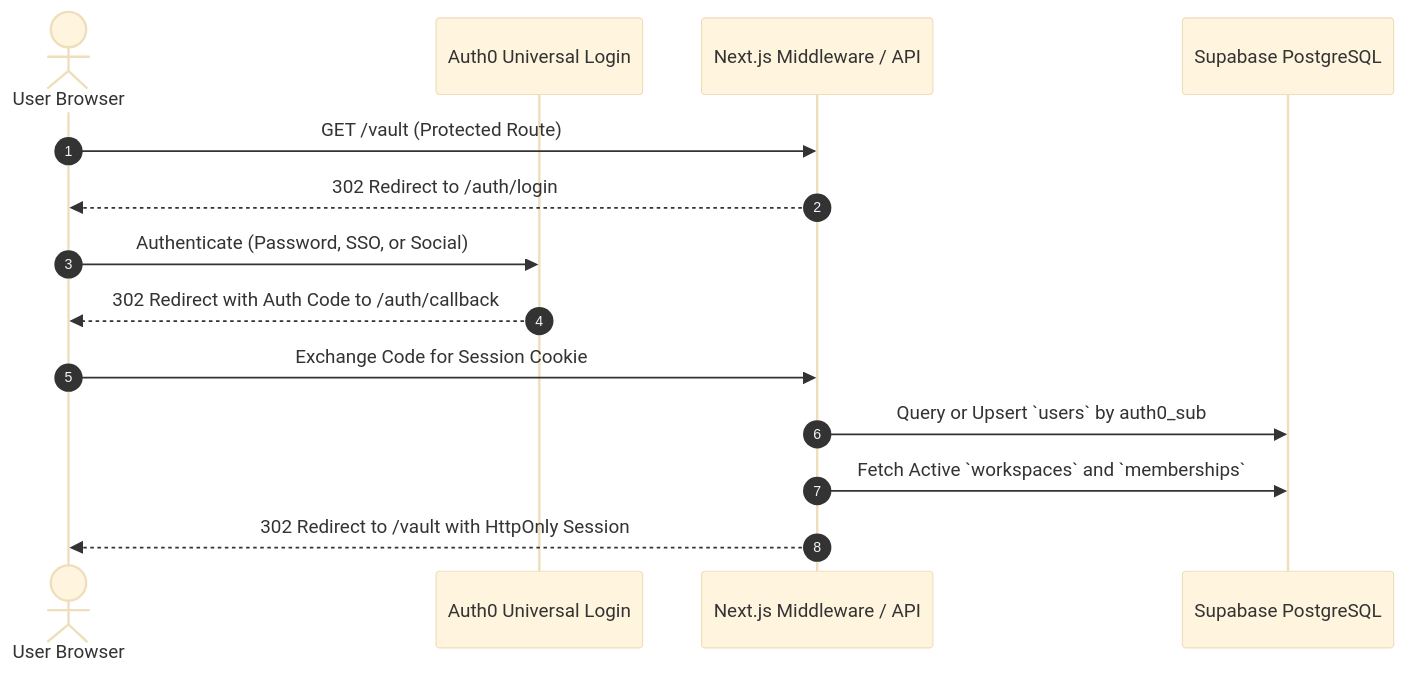
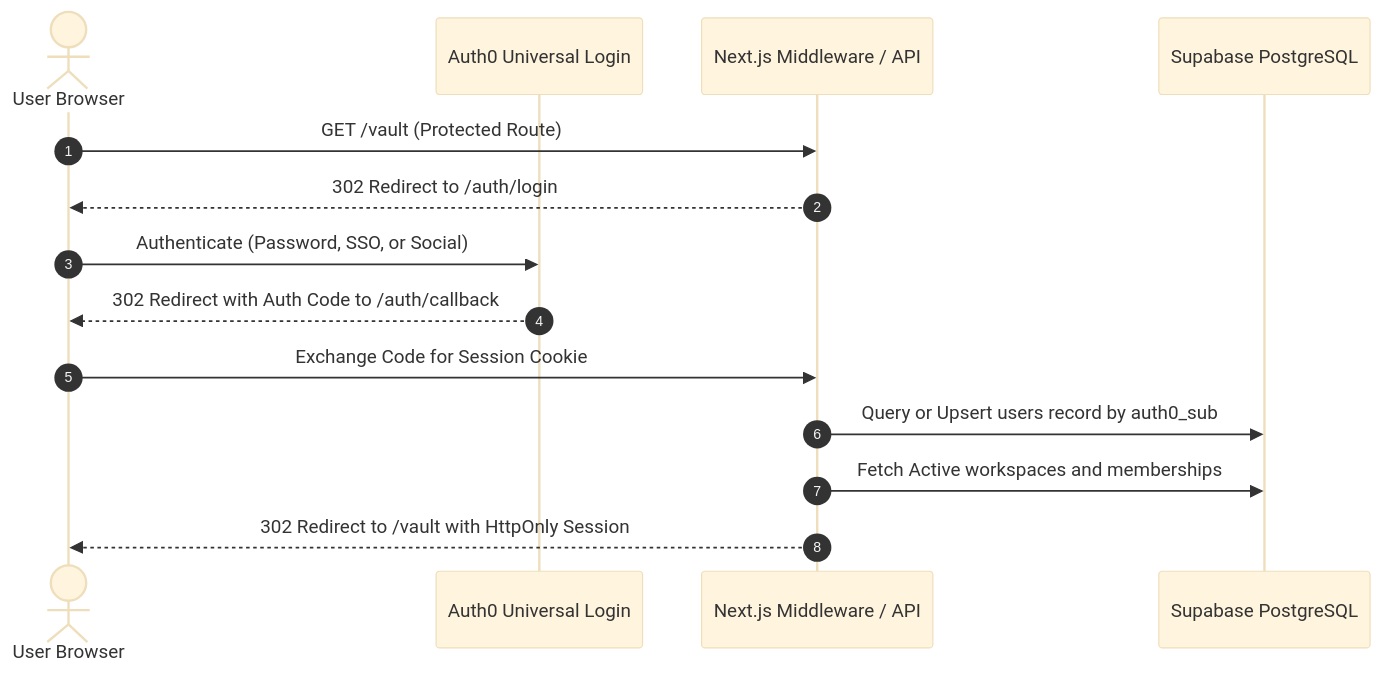
Before and after one commit to witherstaff/teamvault-community: the second of 4 diagrams in docs/ARCHITECTURE.md, drawn with Mermaid (base theme). The commit also changed other lines of this file, not shown here.

Commit message:
fix(docs): fix Mermaid cylinder and sequence diagram syntax in ARCHITECTURE.md

````diff
--- a/docs/ARCHITECTURE.md
+++ b/docs/ARCHITECTURE.md
@@ -110,17 +110,17 @@
 ```mermaid
 sequenceDiagram
     autonumber
     actor User as User Browser
     participant Auth0 as Auth0 Universal Login
     participant Next as Next.js Middleware / API
     participant DB as Supabase PostgreSQL
 
     User->>Next: GET /vault (Protected Route)
     Next-->>User: 302 Redirect to /auth/login
     User->>Auth0: Authenticate (Password, SSO, or Social)
     Auth0-->>User: 302 Redirect with Auth Code to /auth/callback
     User->>Next: Exchange Code for Session Cookie
-    Next->>DB: Query or Upsert `users` by auth0_sub
-    Next->>DB: Fetch Active `workspaces` and `memberships`
+    Next->>DB: Query or Upsert users record by auth0_sub
+    Next->>DB: Fetch Active workspaces and memberships
     Next-->>User: 302 Redirect to /vault with HttpOnly Session
 ```
````
